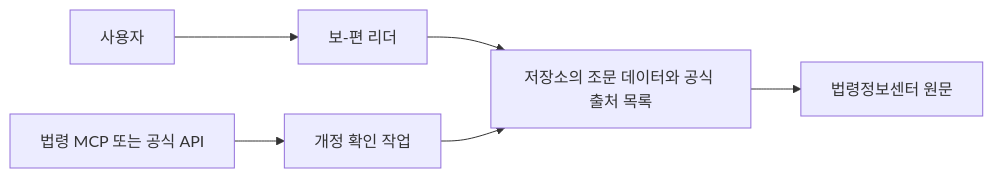
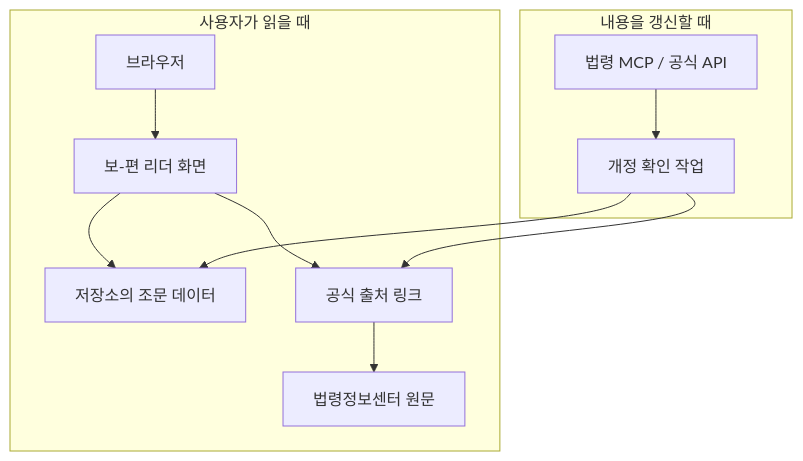
Before and after one commit to moon9239-lgtm/privacy-law-reader: the diagram in docs/architecture.md, drawn with Mermaid. The commit also changed other lines of this file and 1 other file, not shown here.

First line of the commit message:
Explain the public purpose of the reader

````diff
--- a/docs/architecture.md
+++ b/docs/architecture.md
@@ -5,8 +7,15 @@
 ```mermaid
-flowchart LR
-  user["사용자"] --> reader["보-편 리더"]
-  reader --> repo["저장소의 조문 데이터와 공식 출처 목록"]
-  repo --> original["법령정보센터 원문"]
-  updateTool["법령 MCP 또는 공식 API"] --> updateJob["개정 확인 작업"]
-  updateJob --> repo
+flowchart TB
+  subgraph runtime["사용자가 읽을 때"]
+    browser["브라우저"] --> app["보-편 리더 화면"]
+    app --> lawData["저장소의 조문 데이터"]
+    app --> sourceLinks["공식 출처 링크"]
+    sourceLinks --> official["법령정보센터 원문"]
+  end
+
+  subgraph update["내용을 갱신할 때"]
+    mcp["법령 MCP / 공식 API"] --> review["개정 확인 작업"]
+    review --> lawData
+    review --> sourceLinks
+  end
 ```
````
